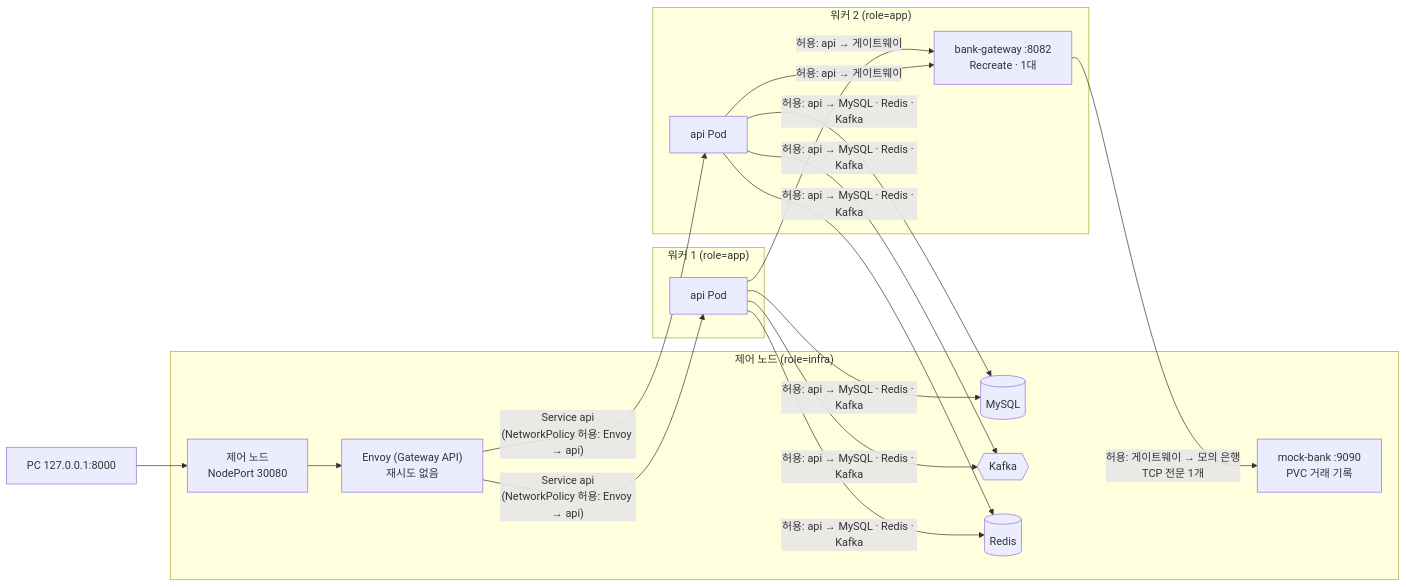
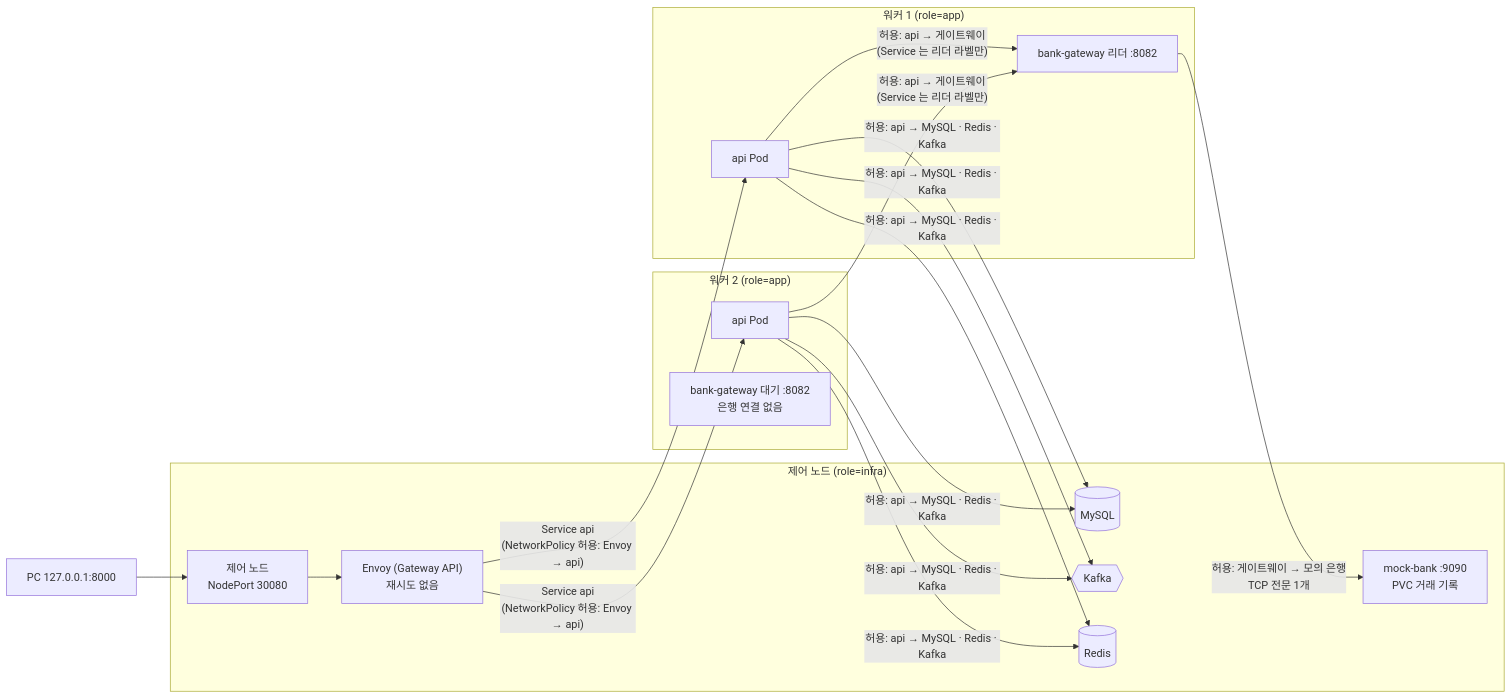
One commit to hyeokjinON/bank-transfer changed the third of 11 diagrams in ARCHITECTURE.md. Above: the diagram before and after it, drawn with Mermaid. The commit also changed other lines of this file and 24 other files, not shown here.

````diff
--- a/ARCHITECTURE.md
+++ b/ARCHITECTURE.md
@@ -79,22 +89,23 @@
 ```mermaid
 flowchart LR
     PC["PC 127.0.0.1:8000"] --> NP["제어 노드<br/>NodePort 30080"]
     subgraph CP["제어 노드 (role=infra)"]
         NP --> E["Envoy (Gateway API)<br/>재시도 없음"]
         M[mock-bank :9090<br/>PVC 거래 기록]
         DB[(MySQL)]
         K{{"Kafka"}}
         R[(Redis)]
     end
     subgraph W1["워커 1 (role=app)"]
         A1[api Pod]
+        G[bank-gateway 리더 :8082]
     end
     subgraph W2["워커 2 (role=app)"]
         A2[api Pod]
-        G[bank-gateway :8082<br/>Recreate · 1대]
+        G2[bank-gateway 대기 :8082<br/>은행 연결 없음]
     end
     E -- "Service api<br/>(NetworkPolicy 허용: Envoy → api)" --> A1 & A2
-    A1 & A2 -- "허용: api → 게이트웨이" --> G
+    A1 & A2 -- "허용: api → 게이트웨이<br/>(Service 는 리더 라벨만)" --> G
     G -- "허용: 게이트웨이 → 모의 은행<br/>TCP 전문 1개" --> M
     A1 & A2 -- "허용: api → MySQL · Redis · Kafka" --> DB & R & K
 ```
````
